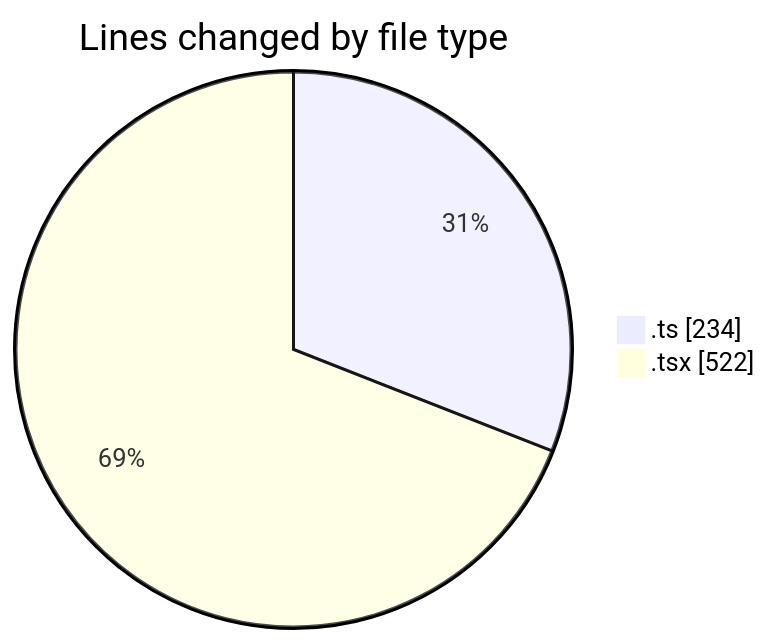
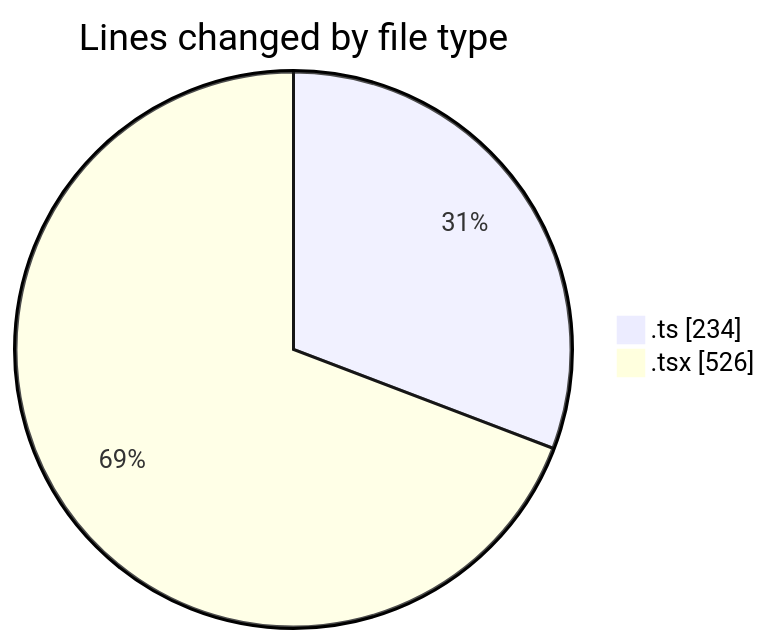
The first of 2 diagrams in 2025-05-01/cda/README.md (momahboobian/code-tracking), drawn with Mermaid before and after one commit. The commit also changed other lines of this file and 1 other file, not shown here.

````diff
--- a/2025-05-01/cda/README.md
+++ b/2025-05-01/cda/README.md
@@ -24,6 +24,6 @@
 ```mermaid
 pie showData
 title Lines changed by file type
 ".ts" : 234
-".tsx" : 522
+".tsx" : 526
 ```
````
